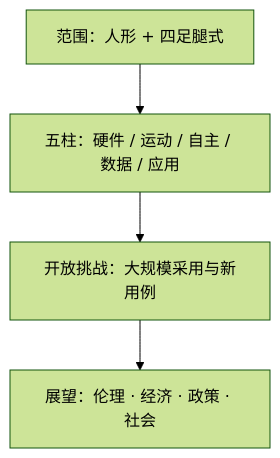
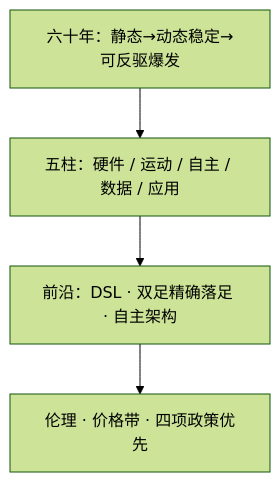
One commit to ImChong/Robotics_Notebooks changed the second of 2 diagrams in wiki/entities/paper-legged-robots-advances-challenges.md. Above: the diagram before and after it, drawn with Mermaid (forest theme). The commit also changed other lines of this file and 11 other files, not shown here.

````diff
--- a/wiki/entities/paper-legged-robots-advances-challenges.md
+++ b/wiki/entities/paper-legged-robots-advances-challenges.md
@@ -137,8 +180,8 @@
 ```mermaid
 flowchart TB
-  scope["范围：人形 + 四足腿式"]
+  hist["六十年：静态→动态稳定→可反驱爆发"]
   five["五柱：硬件 / 运动 / 自主 / 数据 / 应用"]
-  gaps["开放挑战：大规模采用与新用例"]
-  society["展望：伦理 · 经济 · 政策 · 社会"]
-  scope --> five --> gaps --> society
+  frontier["前沿：DSL · 双足精确落足 · 自主架构"]
+  society["伦理 · 价格带 · 四项政策优先"]
+  hist --> five --> frontier --> society
 ```
````
